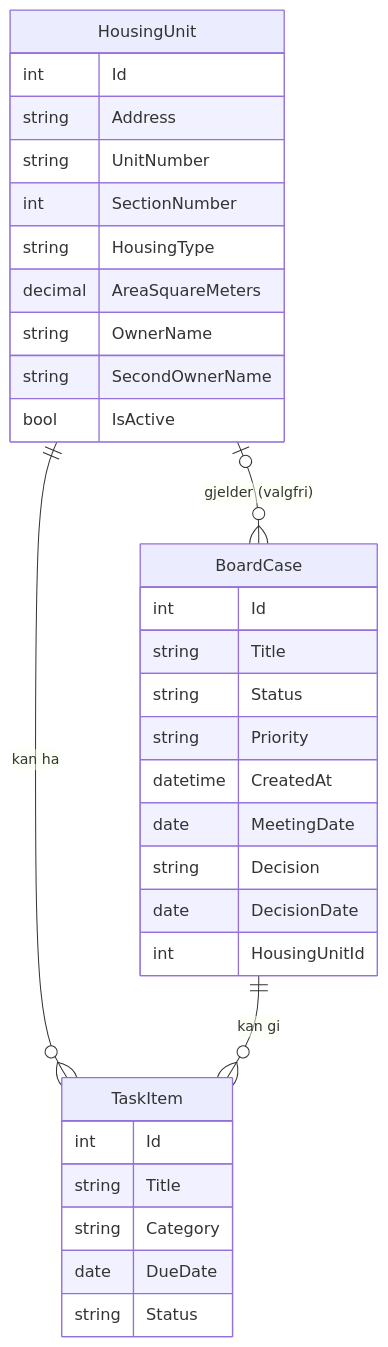
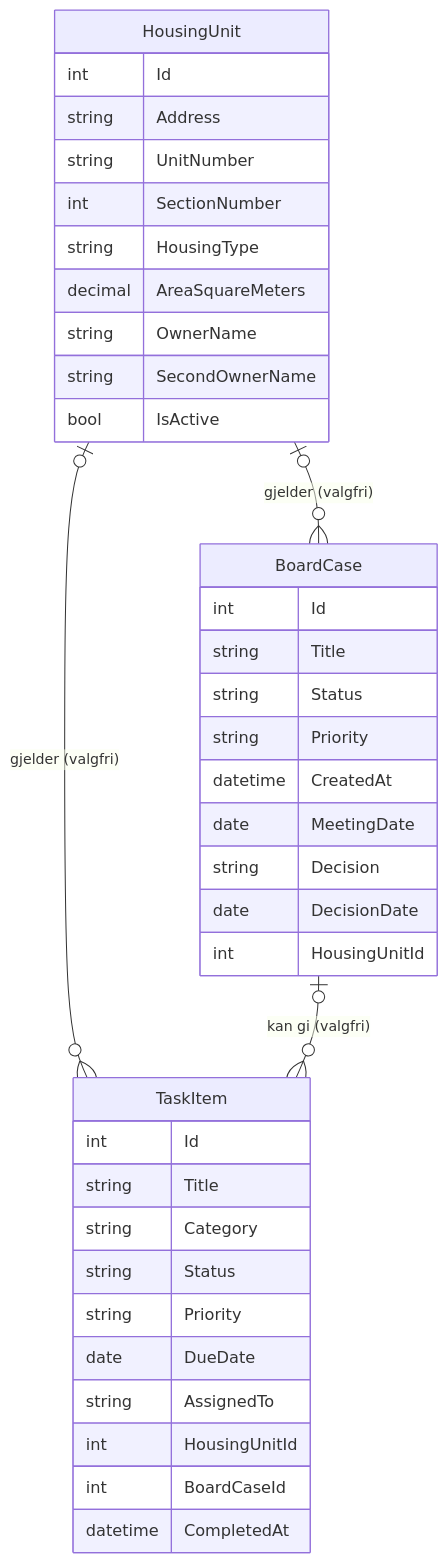
Before and after one commit to rmk062026/SameieHub: the second of 4 diagrams in docs/ARCHITECTURE.md, drawn with Mermaid. The commit also changed other lines of this file and 3 other files, not shown here.

Commit message:
docs: document TaskItem model, status and overdue rules and planned links (M3A)

````diff
--- a/docs/ARCHITECTURE.md
+++ b/docs/ARCHITECTURE.md
@@ -35,35 +35,40 @@
 ```mermaid
 erDiagram
-    HousingUnit ||--o{ TaskItem : "kan ha"
+    HousingUnit |o--o{ TaskItem : "gjelder (valgfri)"
     HousingUnit |o--o{ BoardCase : "gjelder (valgfri)"
-    BoardCase ||--o{ TaskItem : "kan gi"
+    BoardCase |o--o{ TaskItem : "kan gi (valgfri)"
     HousingUnit {
         int Id
         string Address
         string UnitNumber
         int SectionNumber
         string HousingType
         decimal AreaSquareMeters
         string OwnerName
         string SecondOwnerName
         bool IsActive
     }
     BoardCase {
         int Id
         string Title
         string Status
         string Priority
         datetime CreatedAt
         date MeetingDate
         string Decision
         date DecisionDate
         int HousingUnitId
     }
     TaskItem {
         int Id
         string Title
         string Category
+        string Status
+        string Priority
         date DueDate
-        string Status
+        string AssignedTo
+        int HousingUnitId
+        int BoardCaseId
+        datetime CompletedAt
     }
 ```
````
